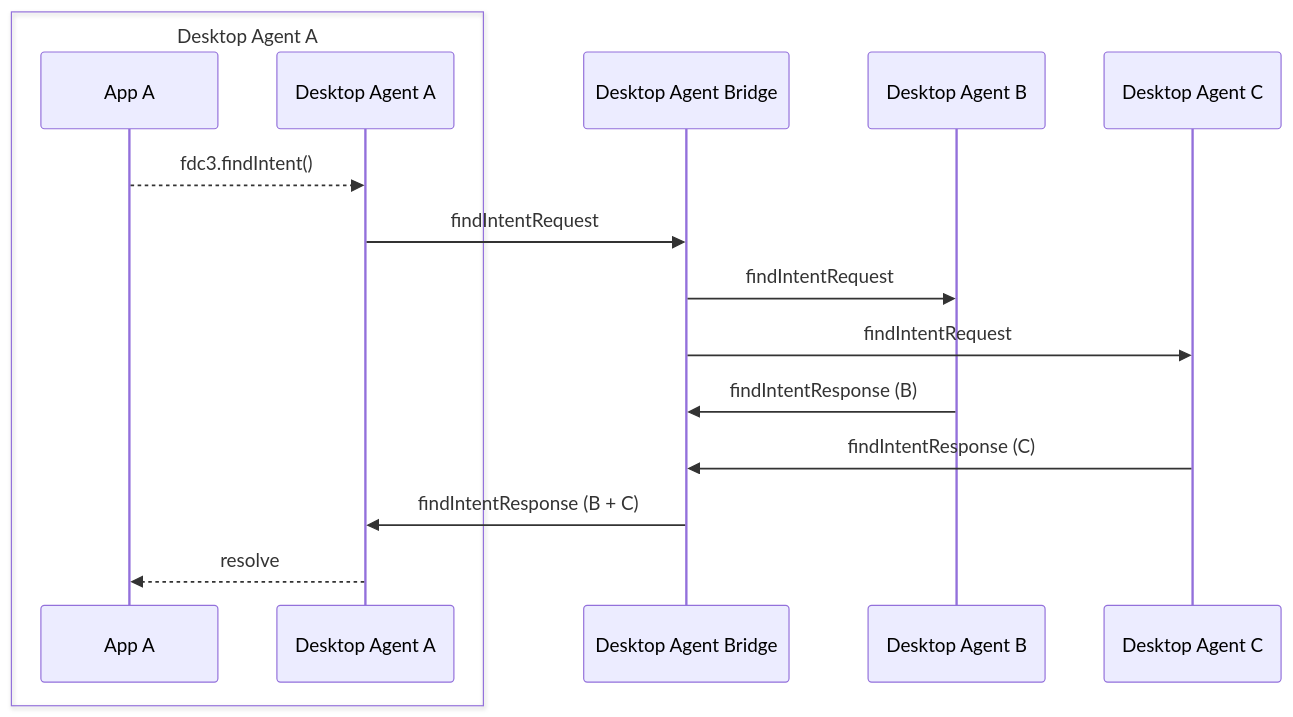
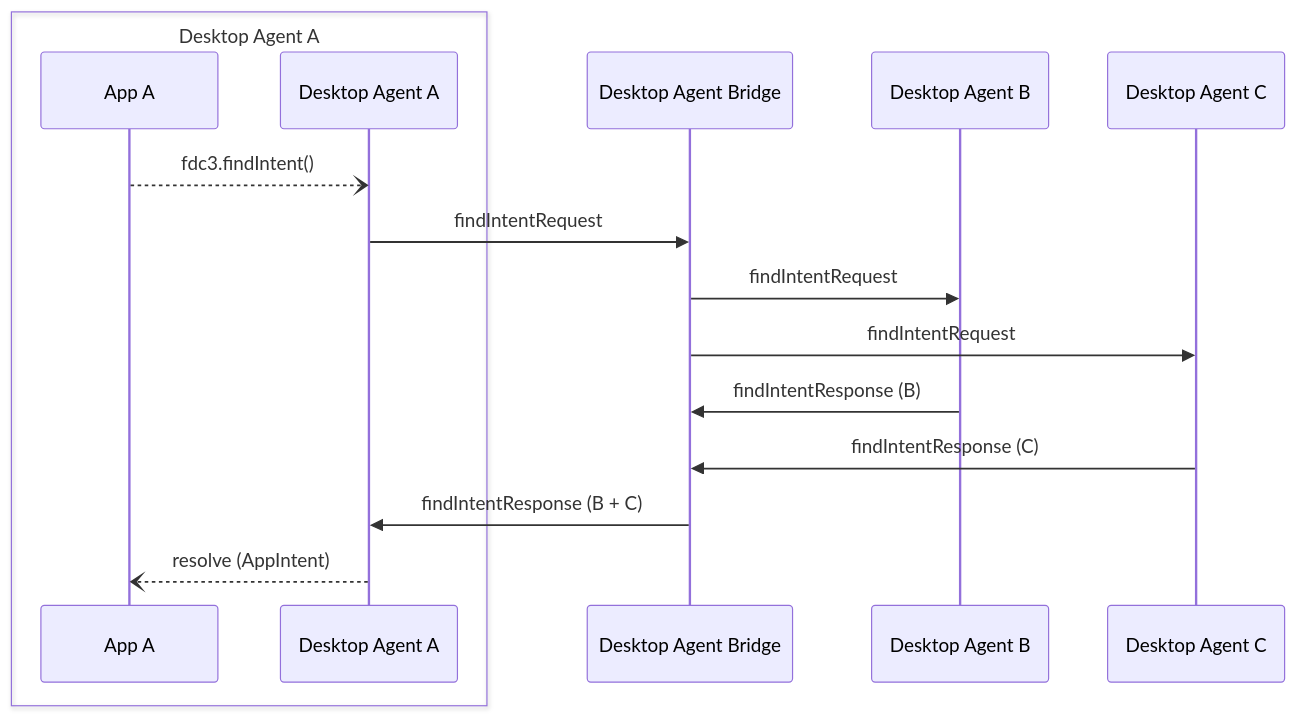
The diagram in docs/agent-bridging/ref/findIntent.md (InteropIO/FDC3), drawn with Mermaid before and after one commit. The commit also changed 12 other files, not shown here.

Commit message:
Changing arrow style for FDC3 API calls + adding expect type for promise resolution to mermaid diagrams

````diff
--- a/docs/agent-bridging/ref/findIntent.md
+++ b/docs/agent-bridging/ref/findIntent.md
@@ -21,18 +21,18 @@
 ```mermaid
 sequenceDiagram
     box Desktop Agent A 
     participant AA as App A
     participant DA as Desktop Agent A
     end
     participant DAB as Desktop Agent Bridge
     participant DB as Desktop Agent B
     participant DC as Desktop Agent C
-    AA -->> DA: fdc3.findIntent()
+    AA --) DA: fdc3.findIntent()
     DA ->> DAB: findIntentRequest
     DAB ->> DB: findIntentRequest
     DAB ->> DC: findIntentRequest
     DB ->> DAB: findIntentResponse (B)
     DC ->> DAB: findIntentResponse (C)
     DAB ->> DA: findIntentResponse (B + C)
-    DA -->> AA: resolve
+    DA --) AA: resolve (AppIntent)
 ```
````
